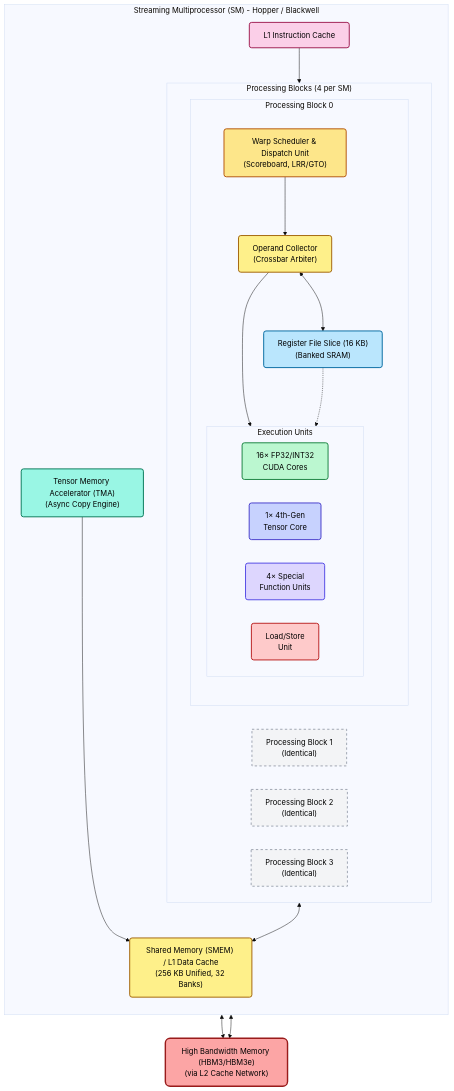
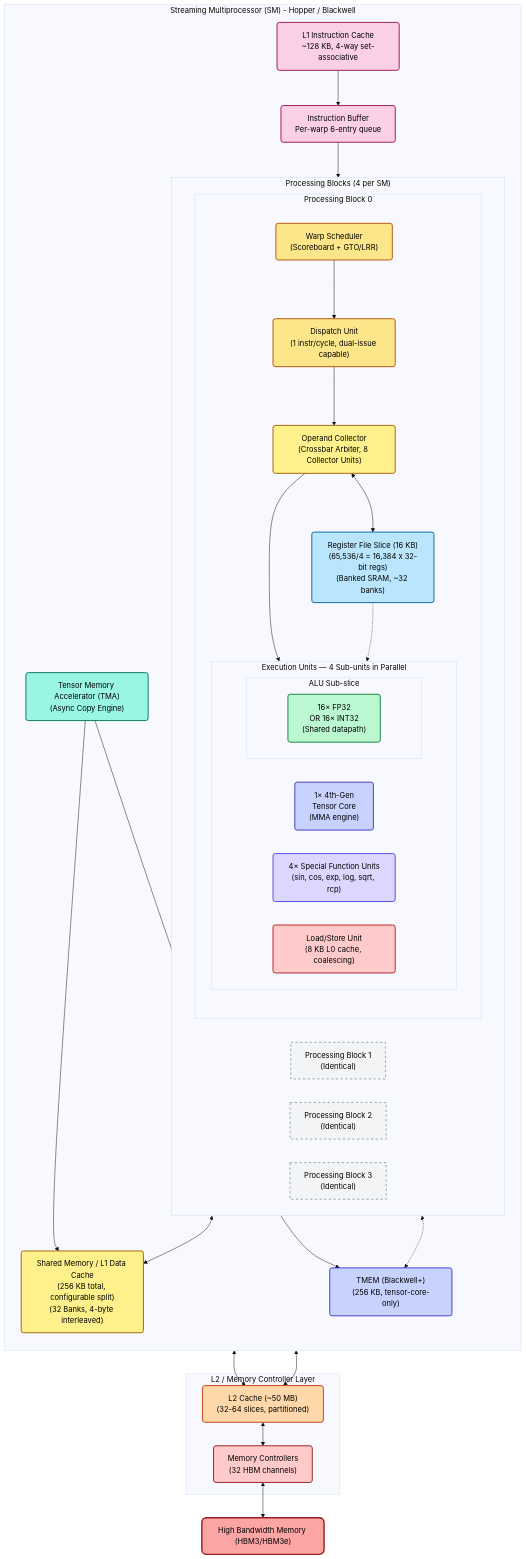
One commit to Wty2003328/ai_infra_intro changed the first of 3 diagrams in ai_infra/L3_Microarchitecture/GPU_Architecture.md. Above: the diagram before and after it, drawn with Mermaid (base theme). The commit also changed other lines of this file and 50 other files, not shown here.

````diff
--- a/ai_infra/L3_Microarchitecture/GPU_Architecture.md
+++ b/ai_infra/L3_Microarchitecture/GPU_Architecture.md
@@ -39,58 +39,76 @@
 ```mermaid
 flowchart TB
     subgraph SM["Streaming Multiprocessor (SM) - Hopper / Blackwell"]
         direction TB
-        L1I["L1 Instruction Cache"]:::ic
+        L1I["L1 Instruction Cache<br/>~128 KB, 4-way set-associative"]:::ic
+        IBUF["Instruction Buffer<br/>Per-warp 6-entry queue"]:::ic
         
         subgraph PBs["Processing Blocks (4 per SM)"]
             direction LR
             subgraph PB0["Processing Block 0"]
                 direction TB
-                SCHED0["Warp Scheduler & Dispatch Unit<br/>(Scoreboard, LRR/GTO)"]:::sched
-                OC0["Operand Collector<br/>(Crossbar Arbiter)"]:::mem
-                RF0["Register File Slice (16 KB)<br/>(Banked SRAM)"]:::rf
+                SCHED0["Warp Scheduler<br/>(Scoreboard + GTO/LRR)"]:::sched
+                DISP0["Dispatch Unit<br/>(1 instr/cycle, dual-issue capable)"]:::sched
+                OC0["Operand Collector<br/>(Crossbar Arbiter, 8 Collector Units)"]:::mem
+                RF0["Register File Slice (16 KB)<br>(65,536/4 = 16,384 x 32-bit regs)<br>(Banked SRAM, ~32 banks)"]:::rf
                 
-                subgraph EX0["Execution Units"]
+                subgraph EX0["Execution Units — 4 Sub-units in Parallel"]
                     direction LR
-                    CUDA0["16× FP32/INT32<br/>CUDA Cores"]:::cuda
-                    TC0["1× 4th-Gen<br/>Tensor Core"]:::tc
-                    SFU0["4× Special<br/>Function Units"]:::sfu
-                    LSU0["Load/Store<br/>Unit"]:::lsu
+                    subgraph ALU0["ALU Sub-slice"]
+                        CUDA0["16× FP32<br/>OR 16× INT32<br/>(Shared datapath)"]:::cuda
+                    end
+                    TC0["1× 4th-Gen<br/>Tensor Core<br/>(MMA engine)"]:::tc
+                    SFU0["4× Special Function Units<br/>(sin, cos, exp, log, sqrt, rcp)"]:::sfu
+                    LSU0["Load/Store Unit<br/>(8 KB L0 cache, coalescing)"]:::lsu
                 end
                 
-                SCHED0 --> OC0
+                SCHED0 --> DISP0
+                DISP0 --> OC0
                 OC0 <--> RF0
                 OC0 --> EX0
                 RF0 -.-> EX0
             end
             
             PB1["Processing Block 1<br/>(Identical)"]:::pb
             PB2["Processing Block 2<br/>(Identical)"]:::pb
             PB3["Processing Block 3<br/>(Identical)"]:::pb
         end
         
-        L1I --> PBs
+        L1I --> IBUF --> PBs
         
-        SMEM["Shared Memory (SMEM) / L1 Data Cache<br/>(256 KB Unified, 32 Banks)"]:::mem
+        SMEM["Shared Memory / L1 Data Cache<br/>(256 KB total, configurable split)<br/>(32 Banks, 4-byte interleaved)"]:::mem
         TMA["Tensor Memory Accelerator (TMA)<br/>(Async Copy Engine)"]:::tma
+        TMEM["TMEM (Blackwell+)<br/>(256 KB, tensor-core-only)"]:::tmem
         
         PBs <--> SMEM
+        PBs <-.-> TMEM
         TMA --> SMEM
+        TMA --> TMEM
     end
     
-    HBM["High Bandwidth Memory (HBM3/HBM3e)<br/>(via L2 Cache Network)"]:::hbm
-    SMEM <--> HBM
-    TMA <--> HBM
+    subgraph L2MC["L2 / Memory Controller Layer"]
+        L2["L2 Cache (~50 MB)<br/>(32-64 slices, partitioned)"]:::l2
+        MC["Memory Controllers<br/>(32 HBM channels)"]:::mc
+        L2 <--> MC
+    end
+    
+    HBM["High Bandwidth Memory (HBM3/HBM3e)"]:::hbm
+    MC <--> HBM
+    SMEM <--> L2
+    TMA <--> L2
 
     classDef ic fill:#fbcfe8,stroke:#9d174d,stroke-width:2px,color:#000,rx:5px,ry:5px
     classDef sched fill:#fde68a,stroke:#b45309,stroke-width:2px,color:#000,rx:5px,ry:5px
     classDef rf fill:#bae6fd,stroke:#0369a1,stroke-width:2px,color:#000,rx:5px,ry:5px
     classDef cuda fill:#bbf7d0,stroke:#15803d,stroke-width:2px,color:#000,rx:5px,ry:5px
     classDef tc fill:#c7d2fe,stroke:#4338ca,stroke-width:2px,color:#000,rx:5px,ry:5px
     classDef sfu fill:#ddd6fe,stroke:#4f46e5,stroke-width:2px,color:#000,rx:5px,ry:5px
     classDef lsu fill:#fecaca,stroke:#b91c1c,stroke-width:2px,color:#000,rx:5px,ry:5px
     classDef pb fill:#f3f4f6,stroke:#9ca3af,stroke-width:2px,stroke-dasharray: 5 5,color:#000
     classDef mem fill:#fef08a,stroke:#a16207,stroke-width:2px,color:#000,rx:5px,ry:5px
     classDef tma fill:#99f6e4,stroke:#047857,stroke-width:2px,color:#000,rx:5px,ry:5px
+    classDef tmem fill:#c7d2fe,stroke:#4338ca,stroke-width:2px,color:#000,rx:5px,ry:5px
+    classDef l2 fill:#fed7aa,stroke:#c2410c,stroke-width:2px,color:#000,rx:5px,ry:5px
+    classDef mc fill:#fecaca,stroke:#991b1b,stroke-width:2px,color:#000,rx:5px,ry:5px
     classDef hbm fill:#fca5a5,stroke:#991b1b,stroke-width:3px,color:#000,rx:10px,ry:10px
 ```
````
